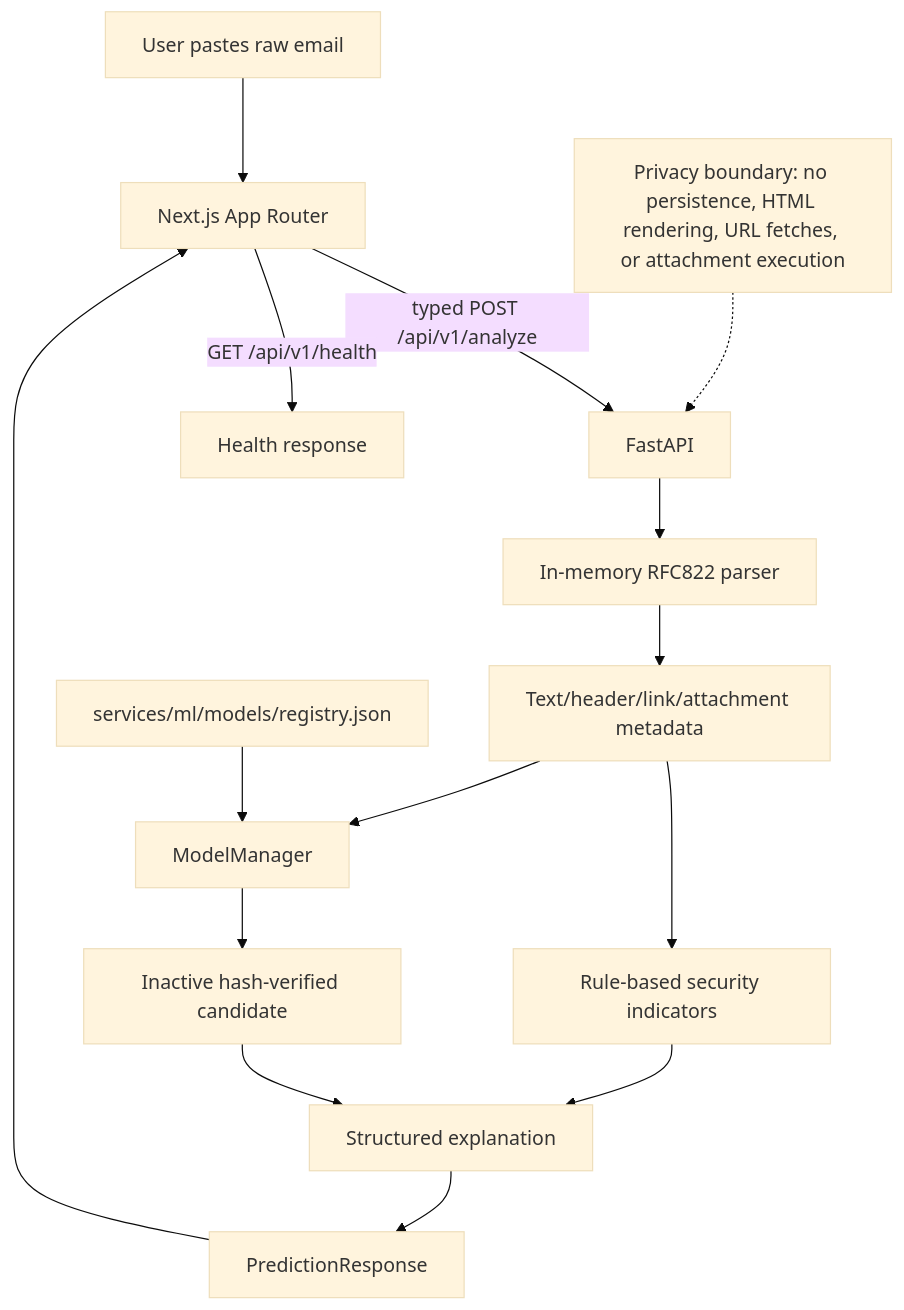
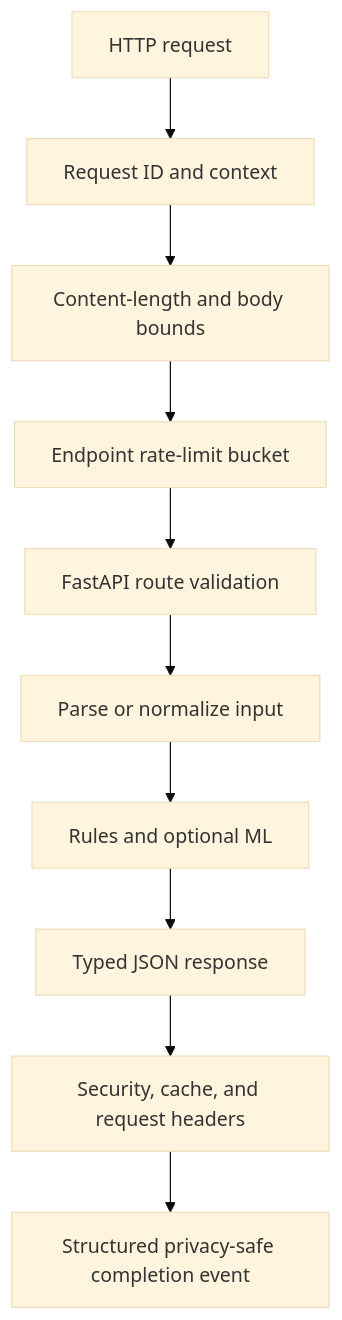
The fourth of 5 diagrams in docs/ARCHITECTURE.md (Nitin-Polistya/phishphage-ai), drawn with Mermaid (base theme) before and after one commit. The commit also changed other lines of this file and 29 other files, not shown here.

````diff
--- a/docs/ARCHITECTURE.md
+++ b/docs/ARCHITECTURE.md
@@ -3,17 +87,12 @@
 ```mermaid
 flowchart TD
-  User[User pastes raw email] --> Frontend[Next.js App Router]
-  Frontend -->|typed POST /api/v1/analyze| API[FastAPI]
-  Frontend -->|GET /api/v1/health| Health[Health response]
-  API --> Parse[In-memory RFC822 parser]
-  Parse --> Features[Text/header/link/attachment metadata]
-  Features --> Rules[Rule-based security indicators]
-  Features --> Model[ModelManager]
-  Registry[services/ml/models/registry.json] --> Model
-  Model --> Candidate[Inactive hash-verified candidate]
-  Rules --> Explain[Structured explanation]
-  Candidate --> Explain
-  Explain --> Response[PredictionResponse]
-  Response --> Frontend
-  Boundary[Privacy boundary: no persistence, HTML rendering, URL fetches, or attachment execution] -.-> API
+  request[HTTP request] --> id[Request ID and context]
+  id --> size[Content-length and body bounds]
+  size --> limit[Endpoint rate-limit bucket]
+  limit --> route[FastAPI route validation]
+  route --> parse[Parse or normalize input]
+  parse --> analyze[Rules and optional ML]
+  analyze --> response[Typed JSON response]
+  response --> headers[Security, cache, and request headers]
+  headers --> log[Structured privacy-safe completion event]
 ```
````
